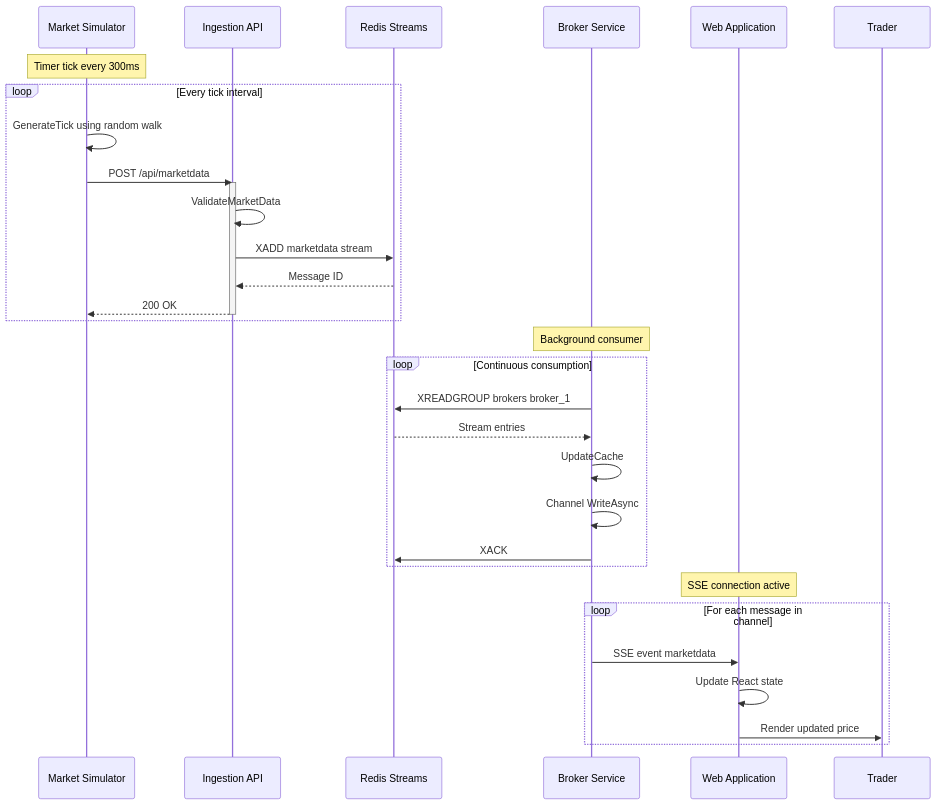
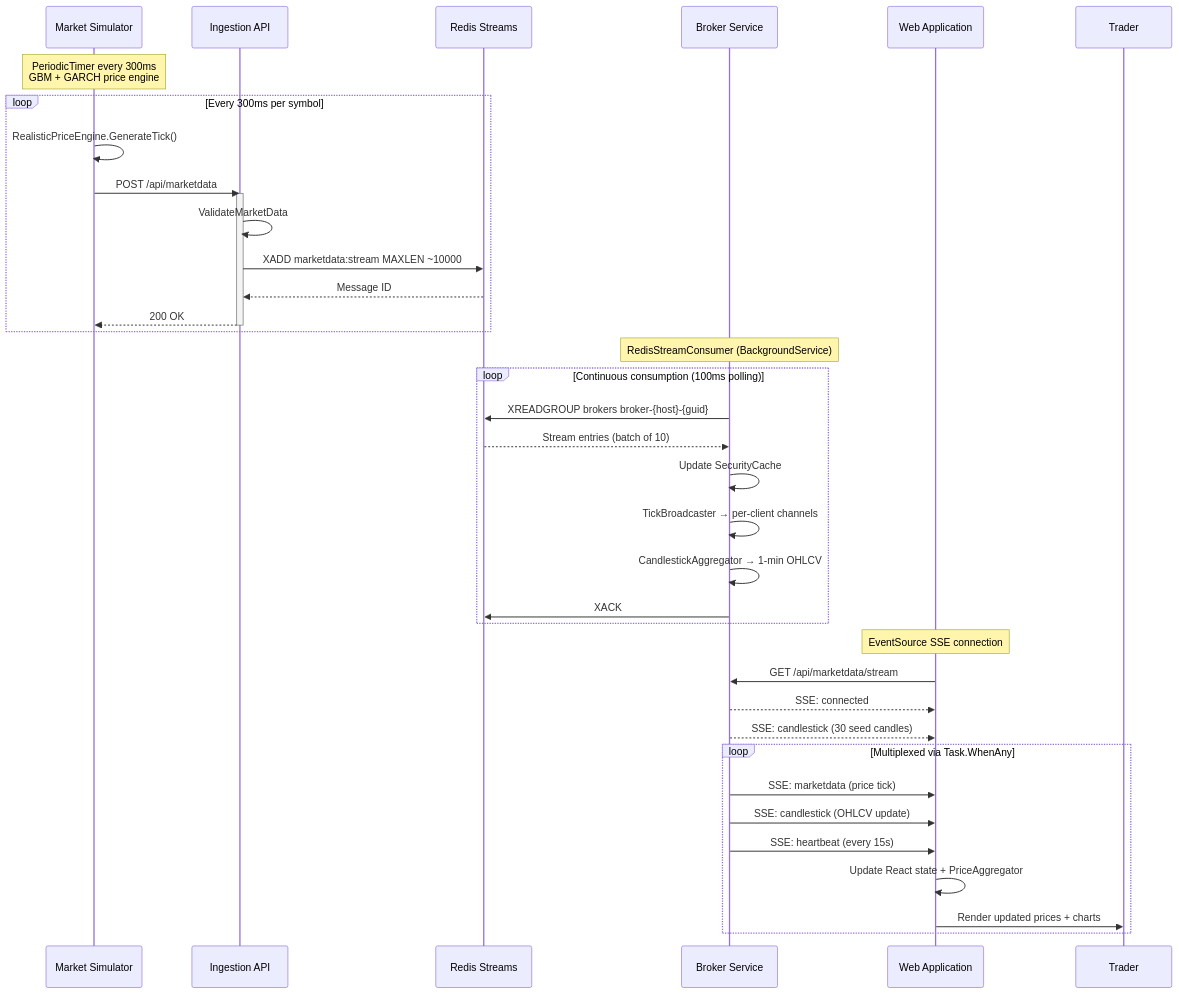
One commit to raj-champion-trader/rajchampaneriya.github.io changed the eighth of 10 diagrams in hugo-site/content/projects/stock-market-simulator/index.md. Above: the diagram before and after it, drawn with Mermaid. The commit also changed other lines of this file and 4 other files, not shown here.

First line of the commit message:
Enhance Stock Market Simulator documentation and architecture details

````diff
--- a/hugo-site/content/projects/stock-market-simulator/index.md
+++ b/hugo-site/content/projects/stock-market-simulator/index.md
@@ -271,41 +326,48 @@
 ```mermaid
 sequenceDiagram
     participant MS as Market Simulator
     participant API as Ingestion API
     participant Redis as Redis Streams
     participant Broker as Broker Service
     participant Web as Web Application
     participant User as Trader
 
-    Note over MS: Timer tick every 300ms
+    Note over MS: PeriodicTimer every 300ms<br/>GBM + GARCH price engine
 
-    loop Every tick interval
-        MS->>MS: GenerateTick using random walk
+    loop Every 300ms per symbol
+        MS->>MS: RealisticPriceEngine.GenerateTick()
         MS->>API: POST /api/marketdata
         
         activate API
         API->>API: ValidateMarketData
-        API->>Redis: XADD marketdata stream
+        API->>Redis: XADD marketdata:stream MAXLEN ~10000
         Redis-->>API: Message ID
         API-->>MS: 200 OK
         deactivate API
     end
 
-    Note over Broker: Background consumer
+    Note over Broker: RedisStreamConsumer (BackgroundService)
 
-    loop Continuous consumption
-        Broker->>Redis: XREADGROUP brokers broker_1
-        Redis-->>Broker: Stream entries
-        Broker->>Broker: UpdateCache
-        Broker->>Broker: Channel WriteAsync
+    loop Continuous consumption (100ms polling)
+        Broker->>Redis: XREADGROUP brokers broker-{host}-{guid}
+        Redis-->>Broker: Stream entries (batch of 10)
+        Broker->>Broker: Update SecurityCache
+        Broker->>Broker: TickBroadcaster → per-client channels
+        Broker->>Broker: CandlestickAggregator → 1-min OHLCV
         Broker->>Redis: XACK
     end
 
-    Note over Web: SSE connection active
+    Note over Web: EventSource SSE connection
 
-    loop For each message in channel
-        Broker->>Web: SSE event marketdata
-        Web->>Web: Update React state
-        Web->>User: Render updated price
+    Web->>Broker: GET /api/marketdata/stream
+    Broker-->>Web: SSE: connected
+    Broker-->>Web: SSE: candlestick (30 seed candles)
+
+    loop Multiplexed via Task.WhenAny
+        Broker->>Web: SSE: marketdata (price tick)
+        Broker->>Web: SSE: candlestick (OHLCV update)
+        Broker->>Web: SSE: heartbeat (every 15s)
+        Web->>Web: Update React state + PriceAggregator
+        Web->>User: Render updated prices + charts
     end
 ```
````
